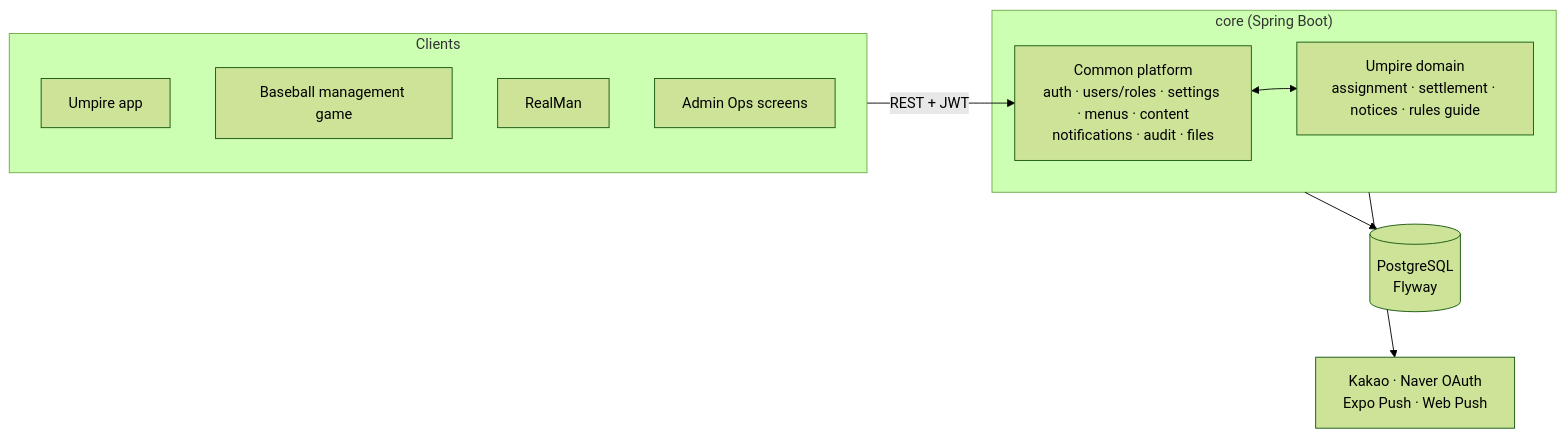
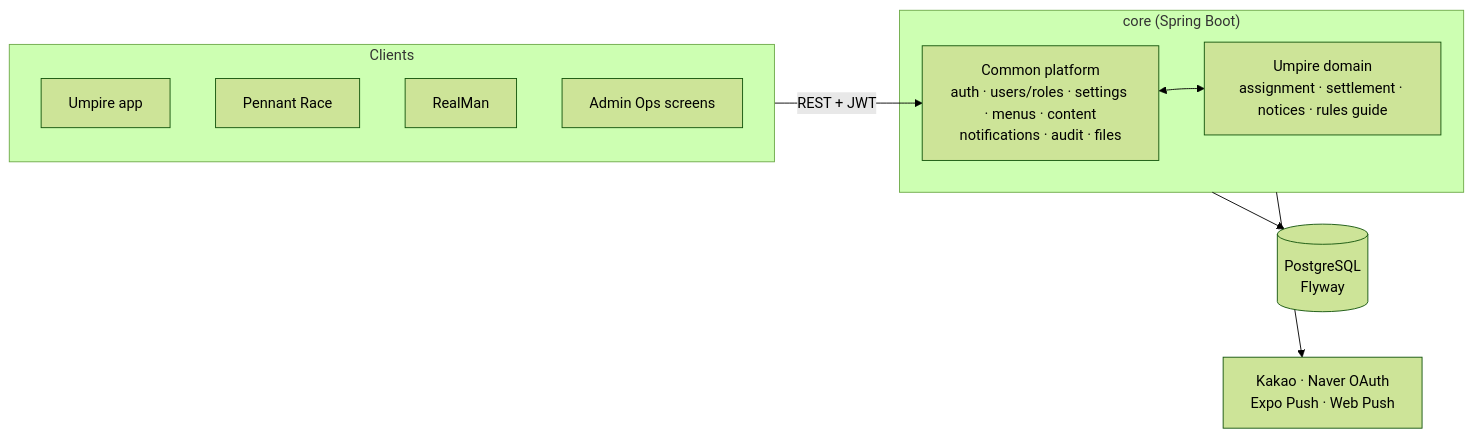
One commit to scourge1100/neverland changed the first of 3 diagrams in content/en/projects/empire-core.md. Above: the diagram before and after it, drawn with Mermaid (forest theme). The commit also changed other lines of this file and 11 other files, not shown here.

````diff
--- a/content/en/projects/empire-core.md
+++ b/content/en/projects/empire-core.md
@@ -47,17 +47,17 @@
 ```mermaid
 flowchart LR
     subgraph Clients["Clients"]
         UM["Umpire app"]
-        FO["Baseball management game"]
+        FO["Pennant Race"]
         RM["RealMan"]
         OPS["Admin Ops screens"]
     end
     Clients -->|"REST + JWT"| API
     subgraph Core["core (Spring Boot)"]
         API["Common platform\nauth · users/roles · settings · menus · content\nnotifications · audit · files"]
         UMP["Umpire domain\nassignment · settlement · notices · rules guide"]
         API <--> UMP
     end
     Core --> DB[("PostgreSQL\nFlyway")]
     Core --> EXT["Kakao · Naver OAuth\nExpo Push · Web Push"]
 ```
````
